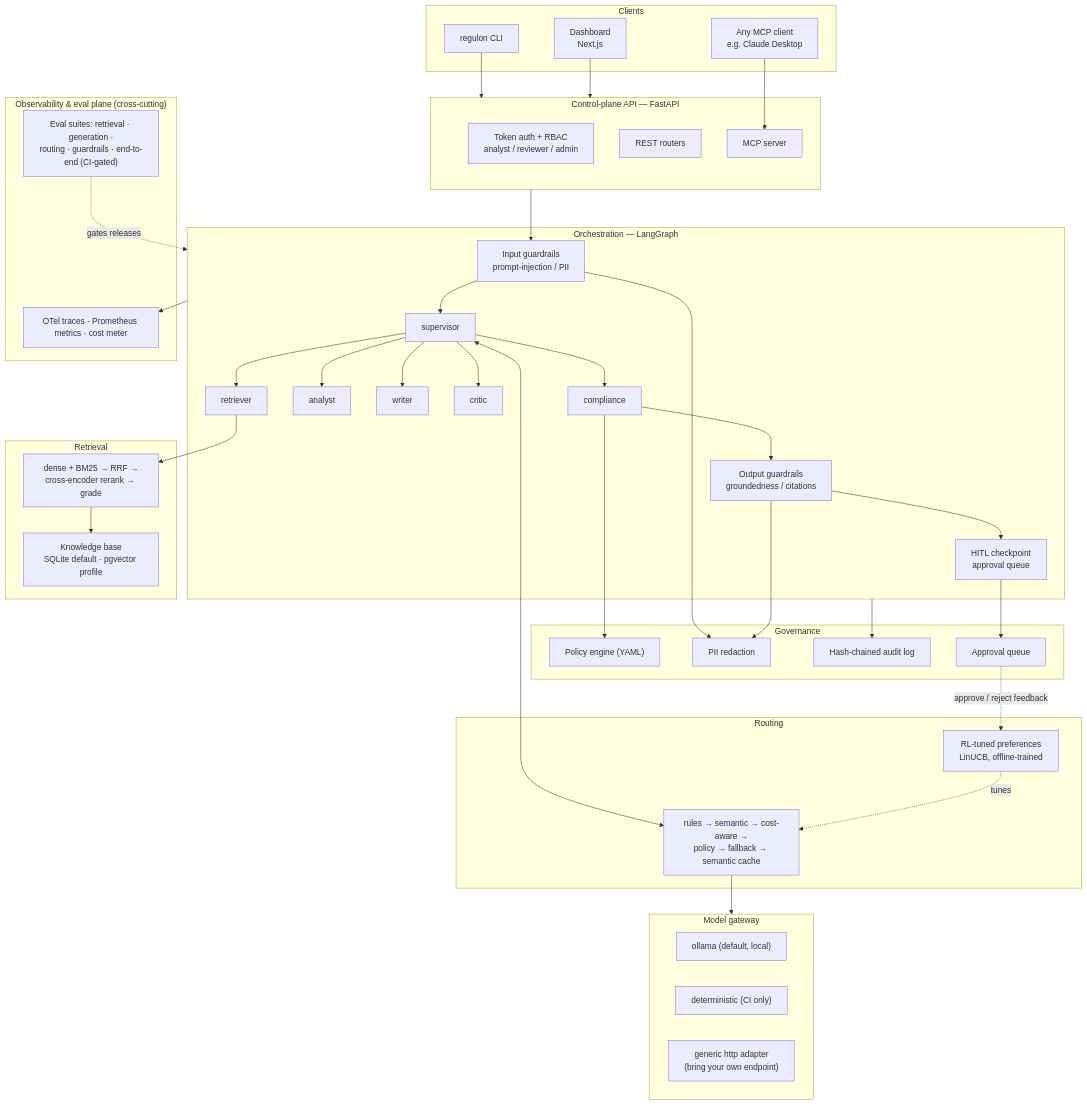
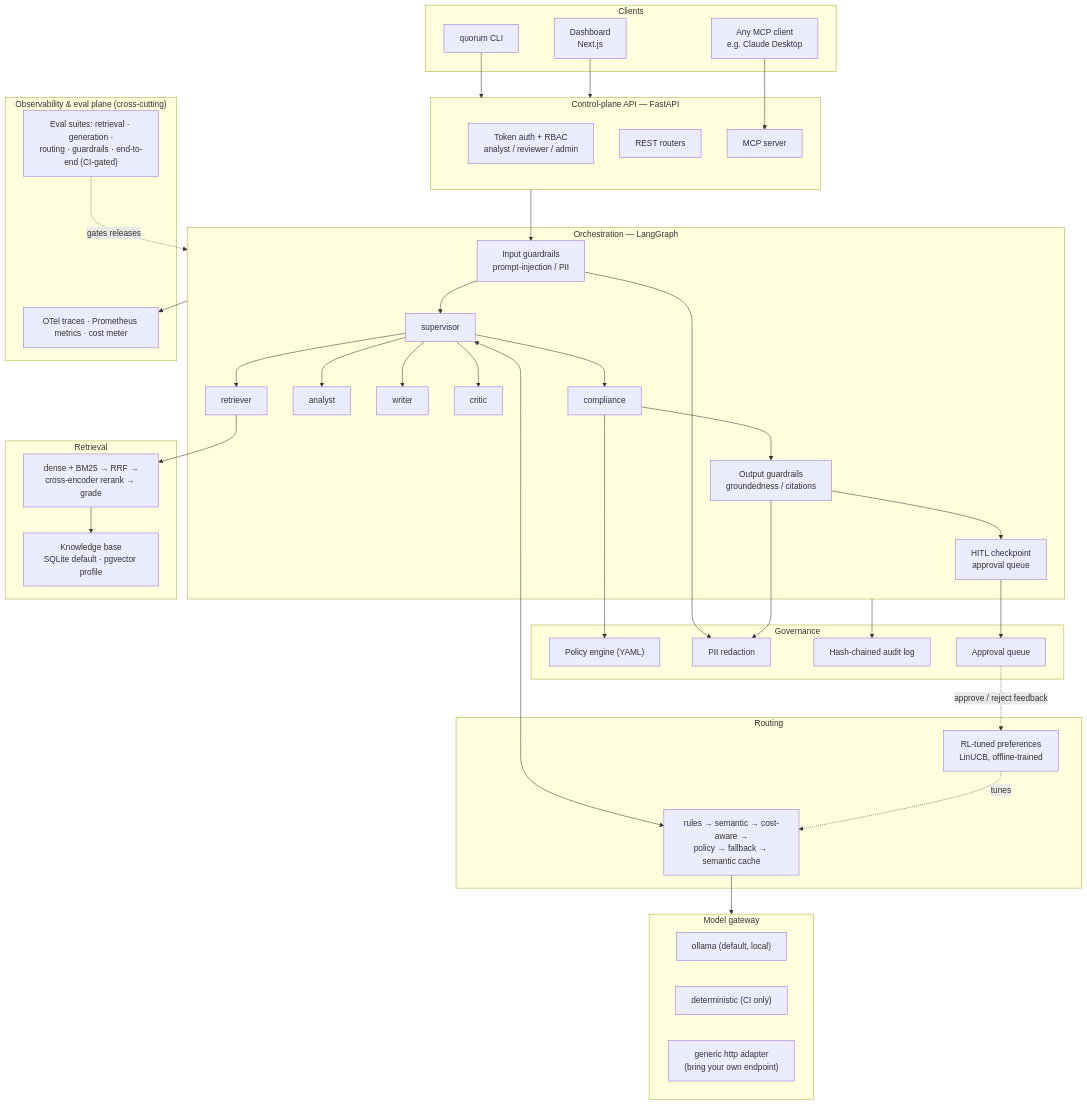
Before and after one commit to shakehasan/regulon: the first of 2 diagrams in README.md, drawn with Mermaid. The commit also changed other lines of this file and 71 other files, not shown here.

````diff
--- a/README.md
+++ b/README.md
@@ -113,72 +113,72 @@
 ```mermaid
 flowchart TB
     subgraph clients["Clients"]
-        CLI["regulon CLI"]
+        CLI["quorum CLI"]
         DASH["Dashboard<br/>Next.js"]
         MCPC["Any MCP client<br/>e.g. Claude Desktop"]
     end
 
     subgraph api["Control-plane API — FastAPI"]
         AUTH["Token auth + RBAC<br/>analyst / reviewer / admin"]
         REST["REST routers"]
         MCPS["MCP server"]
     end
 
     subgraph orch["Orchestration — LangGraph"]
         GIN["Input guardrails<br/>prompt-injection / PII"]
         SUP["supervisor"]
         RETA["retriever"]
         ANA["analyst"]
         WRI["writer"]
         CRI["critic"]
         COM["compliance"]
         GOUT["Output guardrails<br/>groundedness / citations"]
         HITL["HITL checkpoint<br/>approval queue"]
     end
 
     subgraph routing["Routing"]
         ROUTE["rules → semantic → cost-aware →<br/>policy → fallback → semantic cache"]
         RL["RL-tuned preferences<br/>LinUCB, offline-trained"]
     end
 
     subgraph gateway["Model gateway"]
         OLL["ollama (default, local)"]
         DET["deterministic (CI only)"]
         HTTPA["generic http adapter<br/>(bring your own endpoint)"]
     end
 
     subgraph retrieval["Retrieval"]
         KB["Knowledge base<br/>SQLite default · pgvector profile"]
         HYB["dense + BM25 → RRF →<br/>cross-encoder rerank → grade"]
     end
 
     subgraph gov["Governance"]
         POL["Policy engine (YAML)"]
         RED["PII redaction"]
         AUD["Hash-chained audit log"]
         QUEUE["Approval queue"]
     end
 
     subgraph obseval["Observability & eval plane (cross-cutting)"]
         OTEL["OTel traces · Prometheus metrics · cost meter"]
         EVAL["Eval suites: retrieval · generation ·<br/>routing · guardrails · end-to-end (CI-gated)"]
     end
 
     CLI --> api
     DASH --> api
     MCPC --> MCPS
     api --> GIN --> SUP
     SUP --> RETA & ANA & WRI & CRI & COM
     COM --> GOUT --> HITL
     SUP <--> ROUTE
     RL -.tunes.-> ROUTE
     ROUTE --> gateway
     RETA --> HYB --> KB
     COM --> POL
     HITL --> QUEUE
     GIN & GOUT --> RED
     orch --> AUD
     QUEUE -. approve / reject feedback .-> RL
     orch --> OTEL
     EVAL -.gates releases.-> orch
 ```
````
